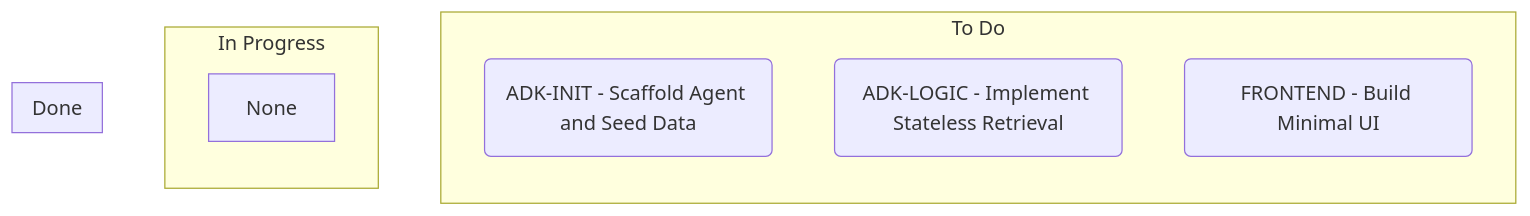
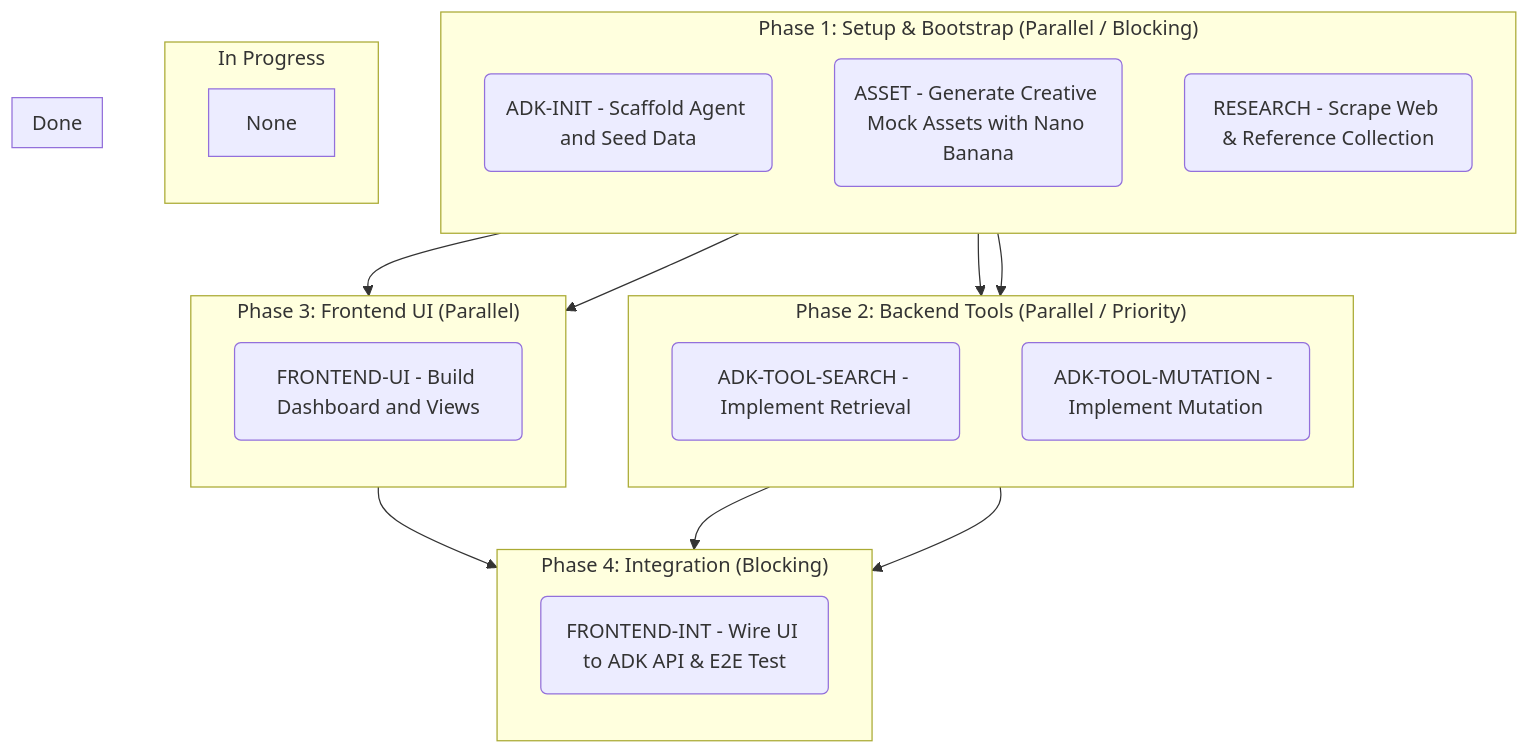
The diagram in skills/chop-shop/SKILL.md (sapientcoffee/vibe-games), drawn with Mermaid before and after one commit. The commit also changed other lines of this file and 9 other files, not shown here.

````diff
--- a/skills/chop-shop/SKILL.md
+++ b/skills/chop-shop/SKILL.md
@@ -40,17 +62,44 @@
 ```mermaid
 flowchart TD
-  subgraph Todo ["To Do"]
+  subgraph Phase1 ["Phase 1: Setup & Bootstrap (Parallel / Blocking)"]
     direction TB
     issue-1(ADK-INIT - Scaffold Agent and Seed Data)
-    issue-2(ADK-LOGIC - Implement Stateless Retrieval)
-    issue-3(FRONTEND - Build Minimal UI)
+    issue-2(ASSET - Generate Creative Mock Assets with Nano Banana)
+    issue-3(RESEARCH - Scrape Web & Reference Collection)
   end
+  subgraph Phase2 ["Phase 2: Backend Tools (Parallel / Priority)"]
+    direction TB
+    issue-4(ADK-TOOL-SEARCH - Implement Retrieval)
+    issue-5(ADK-TOOL-MUTATION - Implement Mutation)
+  end
+  subgraph Phase3 ["Phase 3: Frontend UI (Parallel)"]
+    direction TB
+    issue-6(FRONTEND-UI - Build Dashboard and Views)
+  end
+  subgraph Phase4 ["Phase 4: Integration (Blocking)"]
+    direction TB
+    issue-7(FRONTEND-INT - Wire UI to ADK API & E2E Test)
+  end
+
   subgraph InProgress ["In Progress"]
     direction TB
     None
   end
   subgraph Done ["Done"]
     direction TB
     None
   end
+
+  %% Dependency Connections (Explicit Concurrency Mapping)
+  issue-1 --> issue-4
+  issue-1 --> issue-5
+  issue-1 --> issue-6
+  
+  %% Asset dependency for Frontend UI
+  issue-2 --> issue-6
+  
+  %% Integration dependencies
+  issue-4 --> issue-7
+  issue-5 --> issue-7
+  issue-6 --> issue-7
 ```
````
